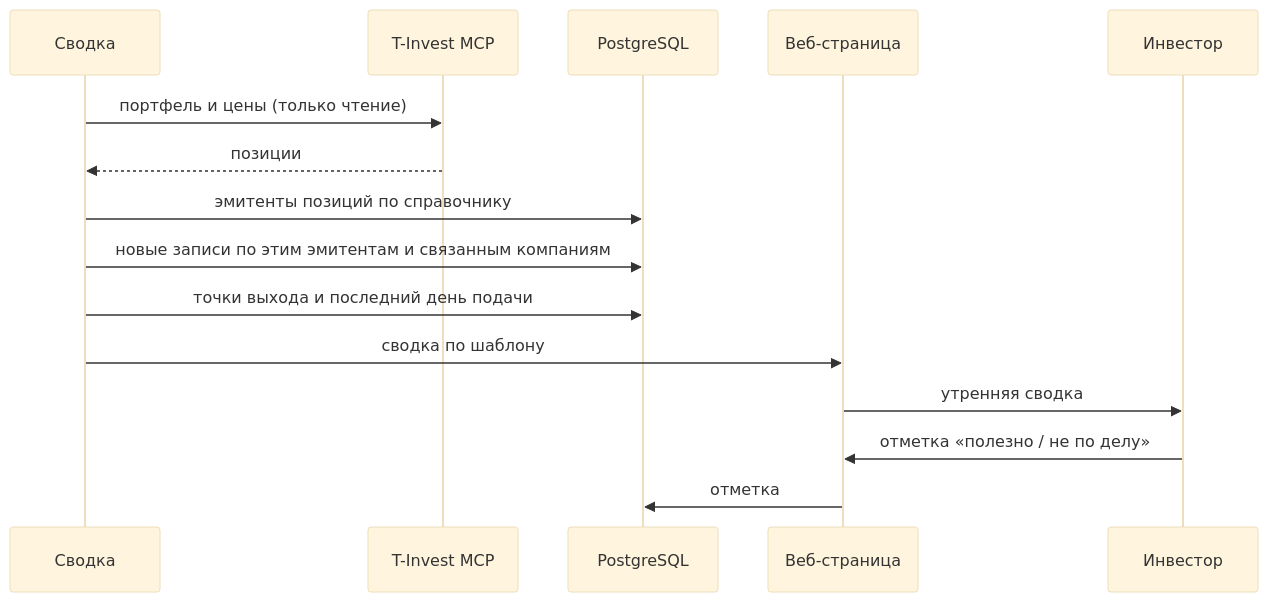
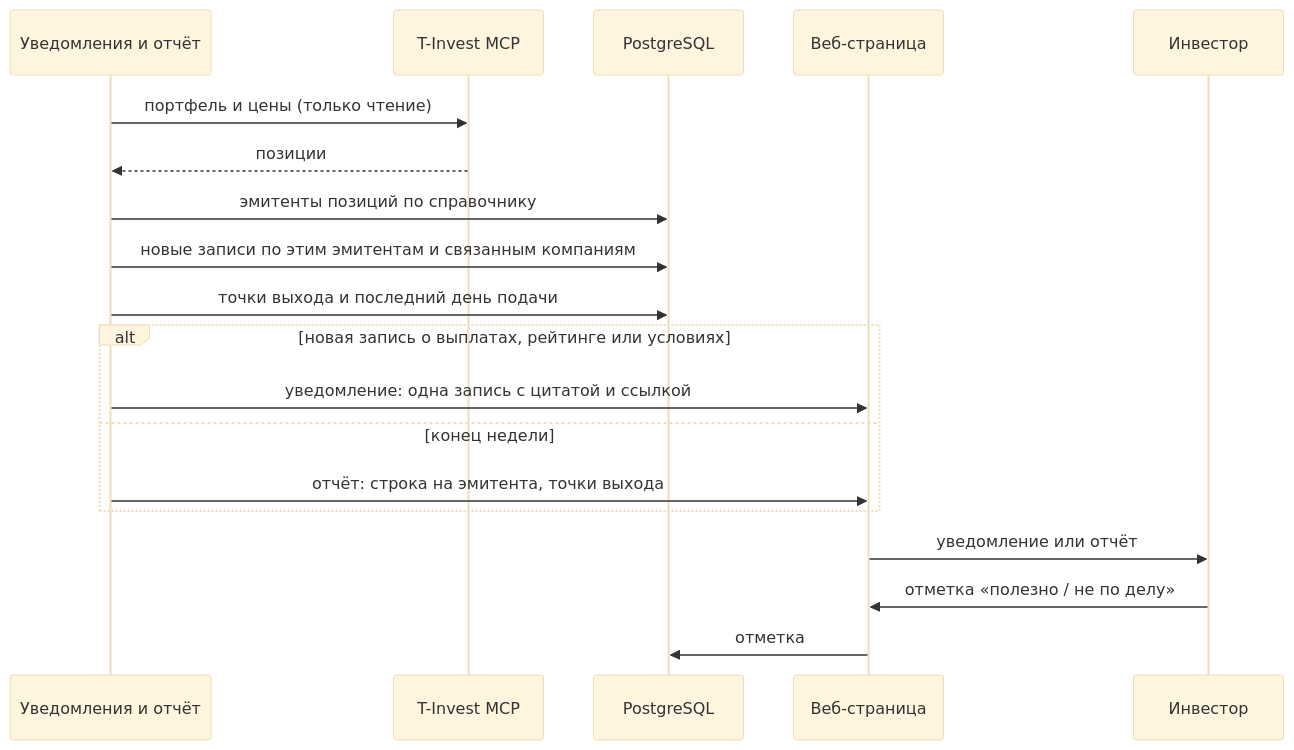
The third of 3 diagrams in docs/architecture.md (mawarzd/portfolio-event-radar), drawn with Mermaid (base theme) before and after one commit. The commit also changed other lines of this file and 5 other files, not shown here.

Commit message:
Сегмент «купонный инвестор», формат: тишина, уведомления по событию, еженедельный отчёт; новости в первой версии по итогам проверки

````diff
--- a/docs/architecture.md
+++ b/docs/architecture.md
@@ -93,18 +98,22 @@
 ```mermaid
 sequenceDiagram
-    participant S as Сводка
+    participant S as Уведомления и отчёт
     participant M as T-Invest MCP
     participant DB as PostgreSQL
     participant W as Веб-страница
     participant U as Инвестор
 
     S->>M: портфель и цены (только чтение)
     M-->>S: позиции
     S->>DB: эмитенты позиций по справочнику
     S->>DB: новые записи по этим эмитентам и связанным компаниям
     S->>DB: точки выхода и последний день подачи
-    S->>W: сводка по шаблону
-    W->>U: утренняя сводка
+    alt новая запись о выплатах, рейтинге или условиях
+        S->>W: уведомление: одна запись с цитатой и ссылкой
+    else конец недели
+        S->>W: отчёт: строка на эмитента, точки выхода
+    end
+    W->>U: уведомление или отчёт
     U->>W: отметка «полезно / не по делу»
     W->>DB: отметка
 ```
````
